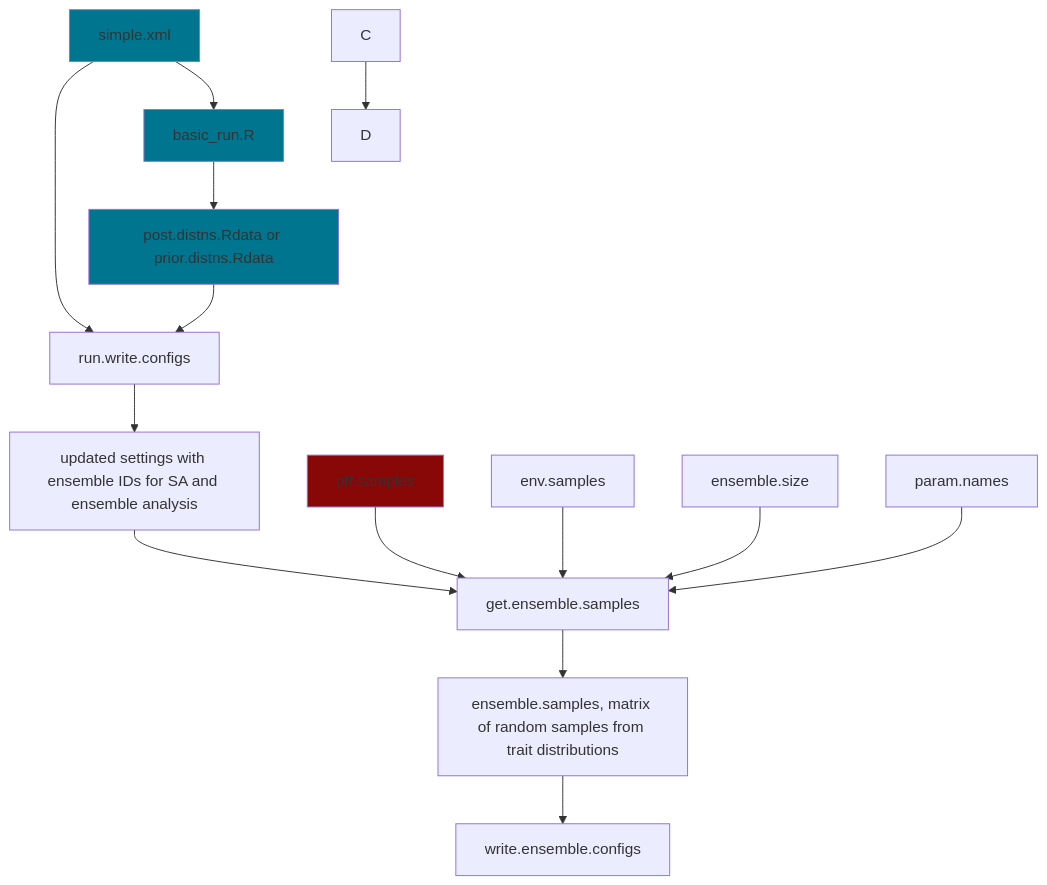
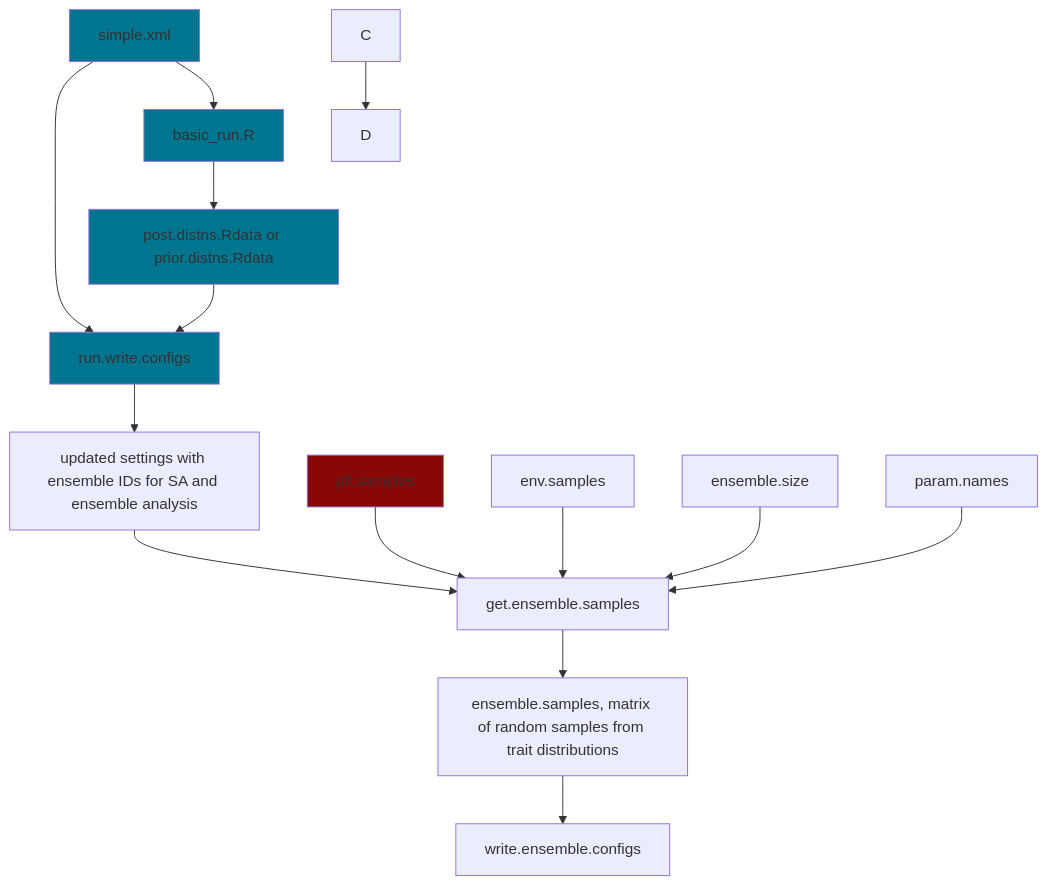
Before and after one commit to ecamo19/gsoc_project_2022_vm: the diagram in README.md, drawn with Mermaid.

````diff
--- a/README.md
+++ b/README.md
@@ -50,23 +50,24 @@
 ```mermaid
   graph TD;
       simple.xml-->run.write.configs;
       simple.xml-->basic_run.R;
       basic_run.R-->posterior.files[post.distns.Rdata or prior.distns.Rdata];
       posterior.files[post.distns.Rdata or prior.distns.Rdata]-->run.write.configs;
       run.write.configs-->output_1[updated settings with ensemble IDs for SA and ensemble analysis ];
       output_1[updated settings with ensemble IDs for SA and ensemble analysis]-->get.ensemble.samples;
       input_get_ensemble_1[pft.samples]-->get.ensemble.samples;
       input_get_ensemble_2[env.samples]-->get.ensemble.samples;
       input_get_ensemble_3[ensemble.size]-->get.ensemble.samples;
       input_get_ensemble_4[param.names]-->get.ensemble.samples;
       get.ensemble.samples--> output_get_ensemble[ensemble.samples, matrix of random samples from trait distributions];
       output_get_ensemble[ensemble.samples, matrix of random samples from trait distributions]-->write.ensemble.configs;
       C-->D;
       
       style basic_run.R fill:#00758f
+      style run.write.configs fill:#00758f
       style simple.xml fill:#00758f
       style posterior.files fill:#00758f
       style input_get_ensemble_1 fill:#880808
             
       
 ```
````
